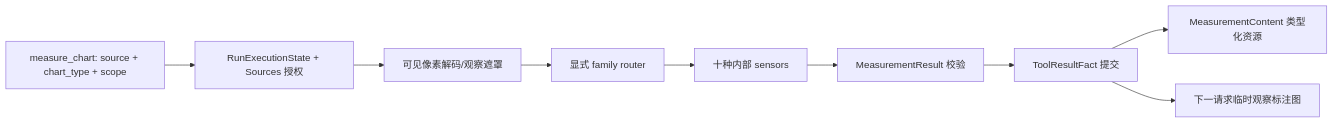
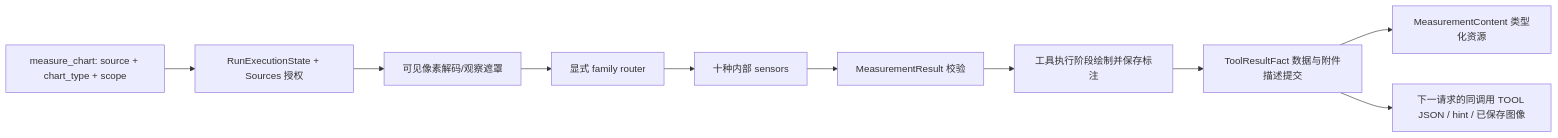
One commit to YeZibn/Figura changed the diagram in docs/figura/tools.md. Above: the diagram before and after it, drawn with Mermaid. The commit also changed other lines of this file and 130 other files, not shown here.

````diff
--- a/docs/figura/tools.md
+++ b/docs/figura/tools.md
@@ -240,11 +257,12 @@
 ```mermaid
 flowchart LR
     Call[measure_chart: source + chart_type + scope] --> Authorize[RunExecutionState + Sources 授权]
     Authorize --> Decode[可见像素解码/观察遮罩]
     Decode --> Router[显式 family router]
     Router --> Sensors[十种内部 sensors]
     Sensors --> Contract[MeasurementResult 校验]
-    Contract --> Fact[ToolResultFact 提交]
+    Contract --> Overlay[工具执行阶段绘制并保存标注]
+    Overlay --> Fact[ToolResultFact 数据与附件描述提交]
     Fact --> Projection[MeasurementContent 类型化资源]
-    Fact --> Overlay[下一请求临时观察标注图]
+    Fact --> Observe[下一请求的同调用 TOOL JSON / hint / 已保存图像]
 ```
````
